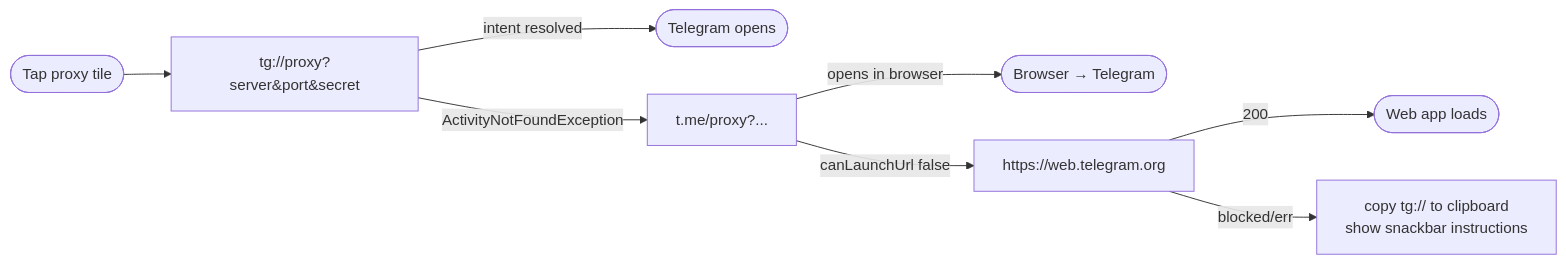
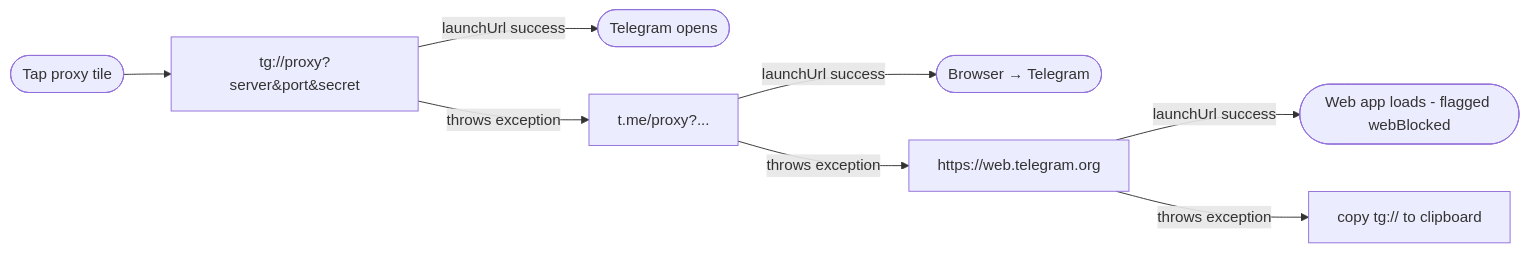
Before and after one commit to krsnaSuraj/TelePulse: the fourth of 4 diagrams in ARCHITECTURE.md, drawn with Mermaid. The commit also changed other lines of this file and 13 other files, not shown here.

````diff
--- a/ARCHITECTURE.md
+++ b/ARCHITECTURE.md
@@ -170,11 +188,10 @@
 ```mermaid
 flowchart LR
-    Tap([Tap proxy tile])
-    Tap --> TG[tg://proxy?server&port&secret]
-    TG -->|intent resolved| TG_OK([Telegram opens])
-    TG -->|ActivityNotFoundException| TME[t.me/proxy?...]
-    TME -->|opens in browser| TME_OK([Browser → Telegram])
-    TME -->|canLaunchUrl false| WEB[https://web.telegram.org]
-    WEB -->|200| WEB_OK([Web app loads])
-    WEB -->|blocked/err| CLIP[copy tg:// to clipboard<br/>show snackbar instructions]
+    Tap([Tap proxy tile]) --> TG[tg://proxy?server&port&secret]
+    TG -->|launchUrl success| TG_OK([Telegram opens])
+    TG -->|throws exception| TME[t.me/proxy?...]
+    TME -->|launchUrl success| TME_OK([Browser → Telegram])
+    TME -->|throws exception| WEB[https://web.telegram.org]
+    WEB -->|launchUrl success| WEB_OK([Web app loads - flagged webBlocked])
+    WEB -->|throws exception| CLIP[copy tg:// to clipboard]
 ```
````
